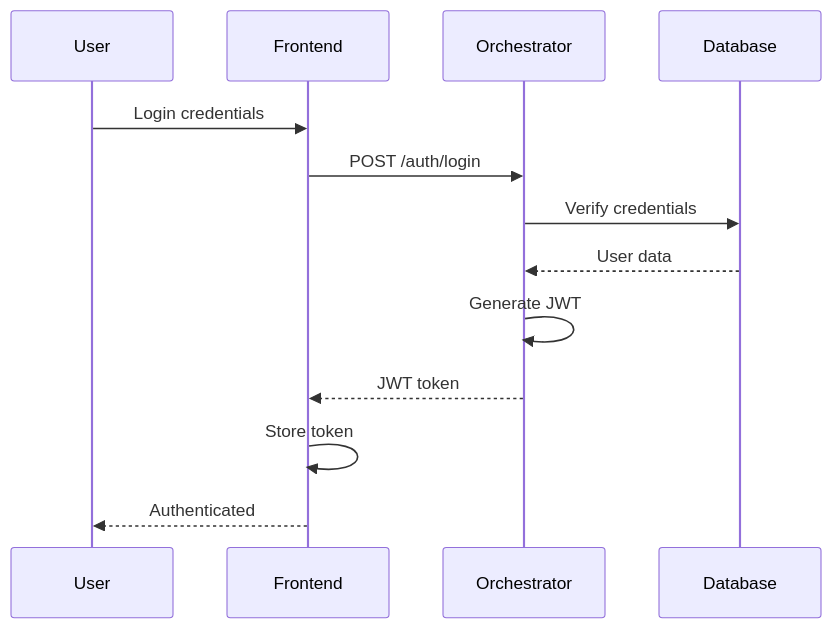
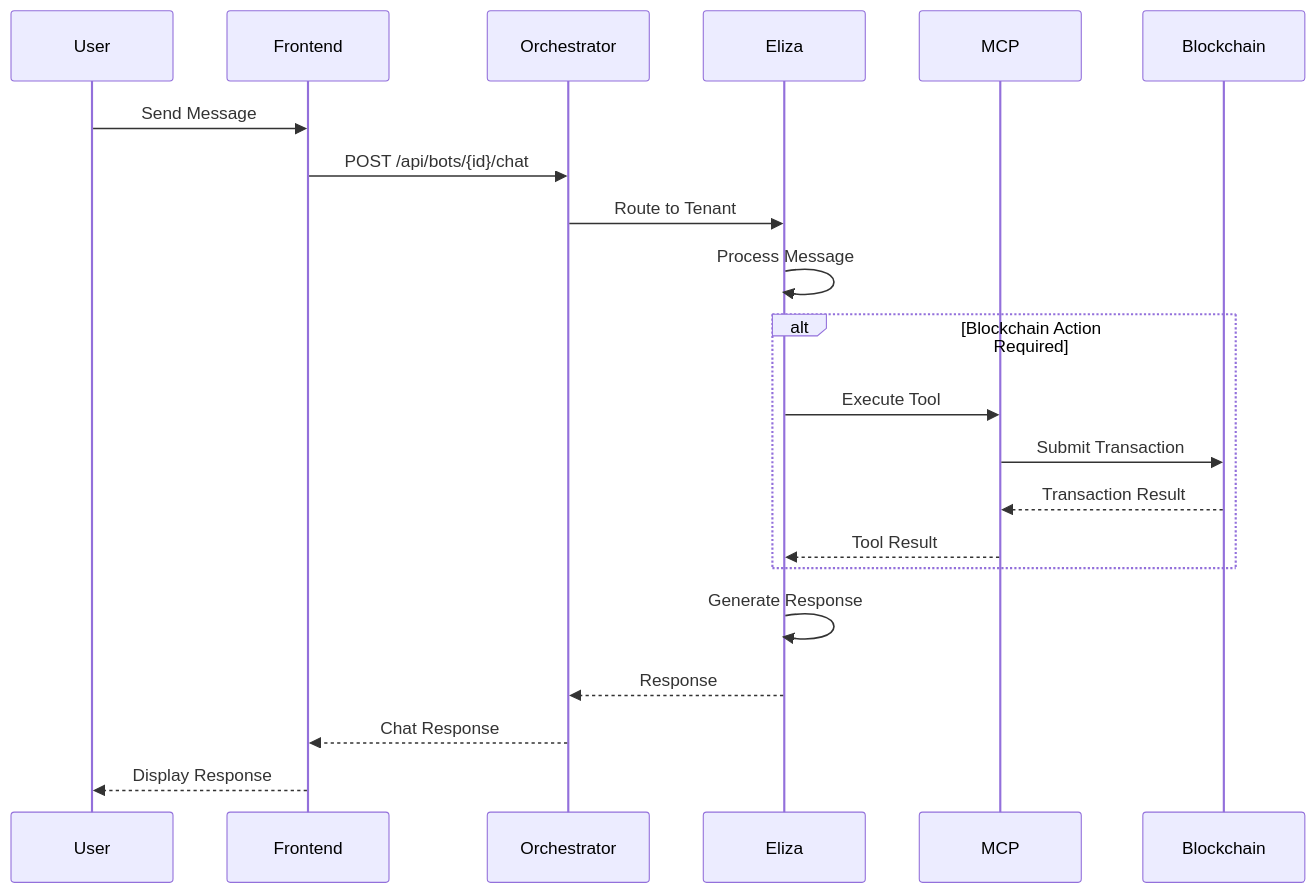
One commit to Midnight-OS/MidnightOS changed the seventh of 11 diagrams in docs/architecture.md. Above: the diagram before and after it, drawn with Mermaid. The commit also changed other lines of this file and 11 other files, not shown here.

````diff
--- a/docs/architecture.md
+++ b/docs/architecture.md
@@ -260,16 +337,28 @@
 ```mermaid
 sequenceDiagram
     participant User
     participant Frontend
     participant Orchestrator
-    participant Database
+    participant Eliza
+    participant MCP
+    participant Blockchain
     
-    User->>Frontend: Login credentials
-    Frontend->>Orchestrator: POST /auth/login
-    Orchestrator->>Database: Verify credentials
-    Database-->>Orchestrator: User data
-    Orchestrator->>Orchestrator: Generate JWT
-    Orchestrator-->>Frontend: JWT token
-    Frontend->>Frontend: Store token
-    Frontend-->>User: Authenticated
+    User->>Frontend: Send Message
+    Frontend->>Orchestrator: POST /api/bots/{id}/chat
+    
+    Orchestrator->>Eliza: Route to Tenant
+    Eliza->>Eliza: Process Message
+    
+    alt Blockchain Action Required
+        Eliza->>MCP: Execute Tool
+        MCP->>Blockchain: Submit Transaction
+        Blockchain-->>MCP: Transaction Result
+        MCP-->>Eliza: Tool Result
+    end
+    
+    Eliza->>Eliza: Generate Response
+    Eliza-->>Orchestrator: Response
+    
+    Orchestrator-->>Frontend: Chat Response
+    Frontend-->>User: Display Response
 ```
````
